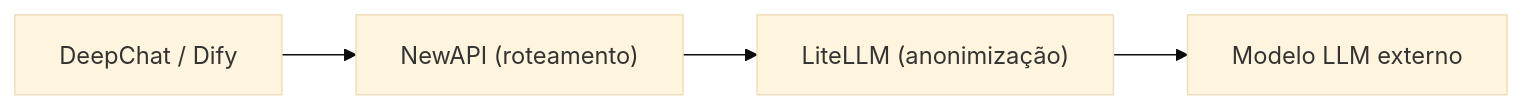
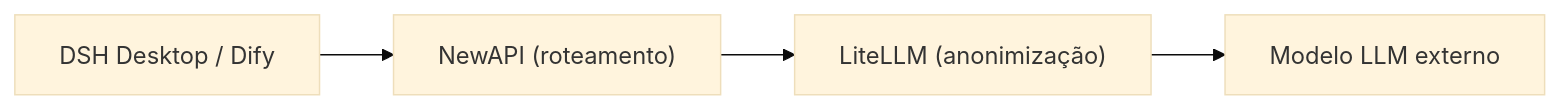
Before and after one commit to sdlyxianchao/AIAllInOne: the diagram in docs/i18n/admin-manual-pt/ch01-overview.md, drawn with Mermaid (base theme). The commit also changed other lines of this file and 306 other files, not shown here.

````diff
--- a/docs/i18n/admin-manual-pt/ch01-overview.md
+++ b/docs/i18n/admin-manual-pt/ch01-overview.md
@@ -71,6 +71,6 @@
 ```mermaid
 flowchart LR
-    A["DeepChat / Dify"] --> B["NewAPI (roteamento)"]
+    A["DSH Desktop / Dify"] --> B["NewAPI (roteamento)"]
     B["NewAPI (roteamento)"] --> C["LiteLLM (anonimização)"]
     C["LiteLLM (anonimização)"] --> D["Modelo LLM externo"]
 ```
````
